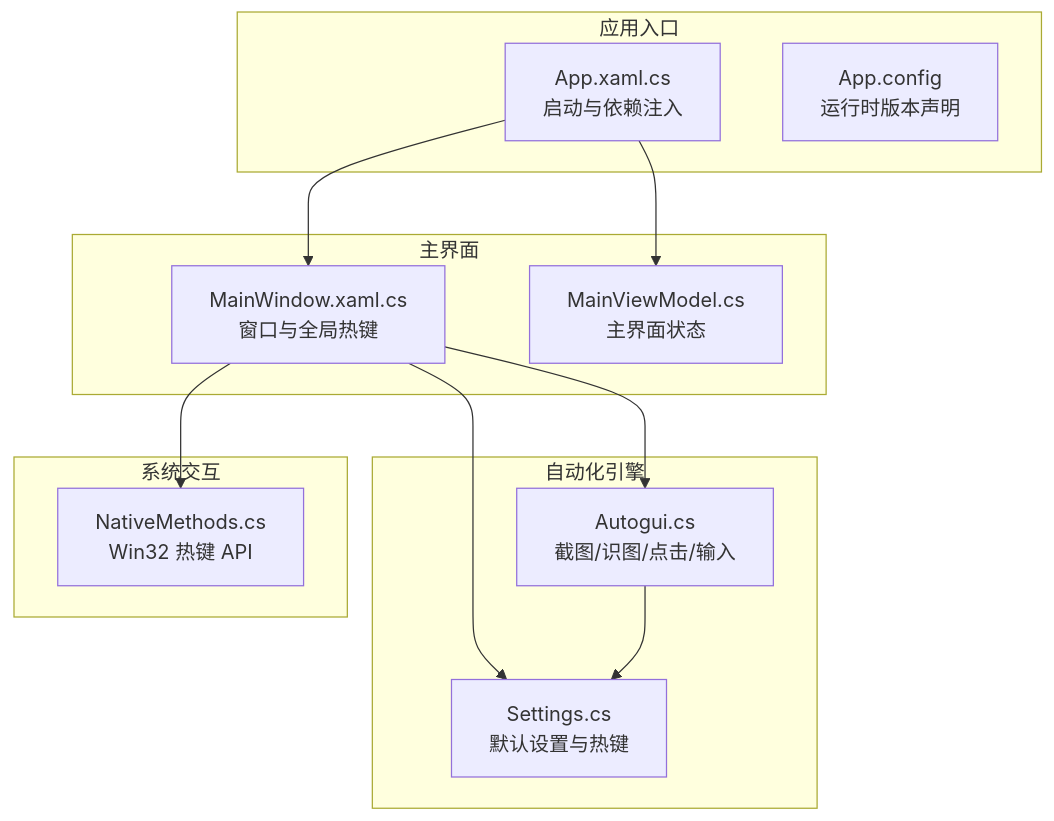
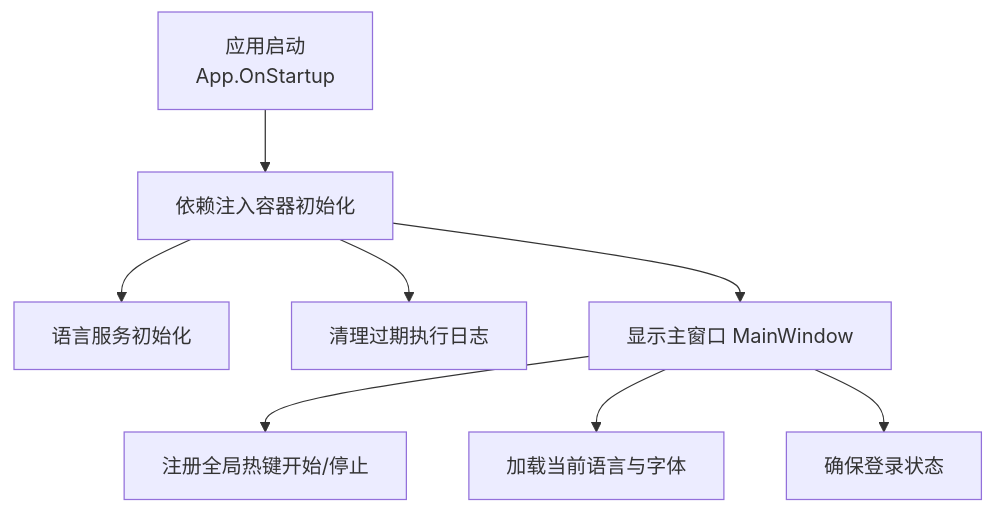
The first of 7 diagrams in .qoder/repowiki/zh/content/快速开始.md (yooxii/ShaoLuAuto), drawn with Mermaid before and after one commit. The commit also changed other lines of this file and 213 other files, not shown here.

````diff
--- a/.qoder/repowiki/zh/content/快速开始.md
+++ b/.qoder/repowiki/zh/content/快速开始.md
@@ -35,24 +48,10 @@
 ```mermaid
 graph TB
-subgraph "应用入口"
-App["App.xaml.cs<br/>启动与依赖注入"]
-Config["App.config<br/>运行时版本声明"]
-end
-subgraph "主界面"
-MainWindow["MainWindow.xaml.cs<br/>窗口与全局热键"]
-MainVM["MainViewModel.cs<br/>主界面状态"]
-end
-subgraph "自动化引擎"
-Autogui["Autogui.cs<br/>截图/识图/点击/输入"]
-Settings["Settings.cs<br/>默认设置与热键"]
-end
-subgraph "系统交互"
-Native["NativeMethods.cs<br/>Win32 热键 API"]
-end
-App --> MainWindow
-App --> MainVM
-MainWindow --> Autogui
-MainWindow --> Settings
-MainWindow --> Native
-Autogui --> Settings
+A["应用启动<br/>App.OnStartup"] --> B["依赖注入容器初始化"]
+B --> C["语言服务初始化"]
+B --> D["清理过期执行日志"]
+B --> E["显示主窗口 MainWindow"]
+E --> F["注册全局热键开始/停止"]
+E --> G["加载当前语言与字体"]
+E --> H["确保登录状态"]
 ```
````
